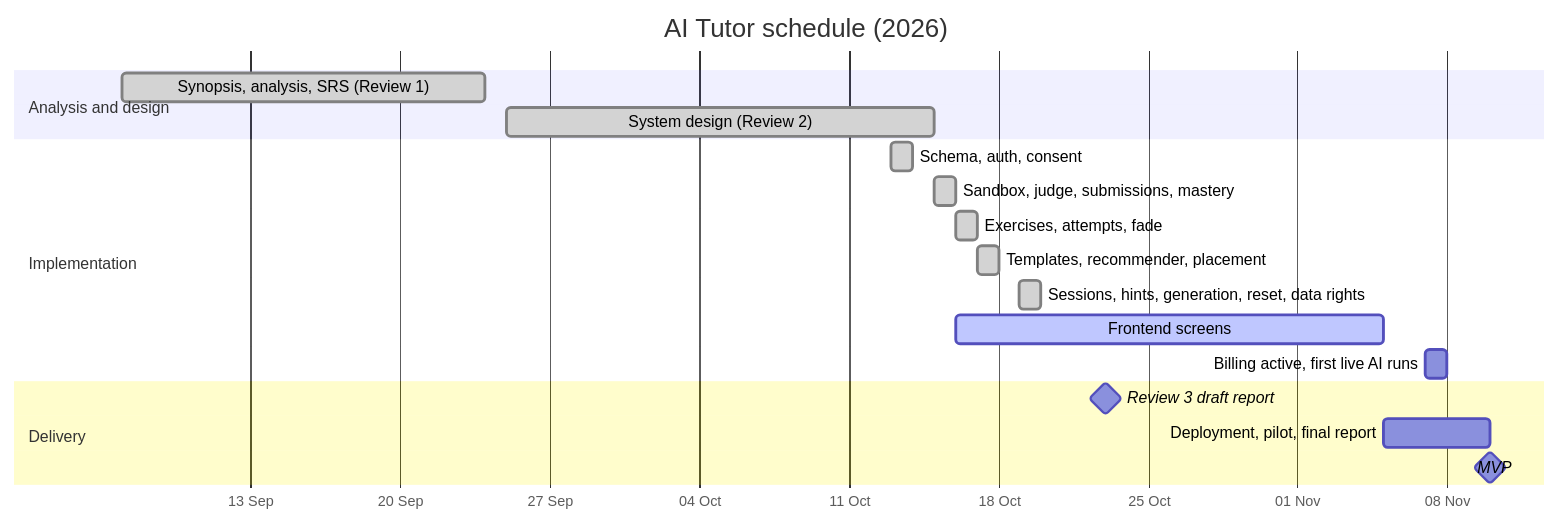
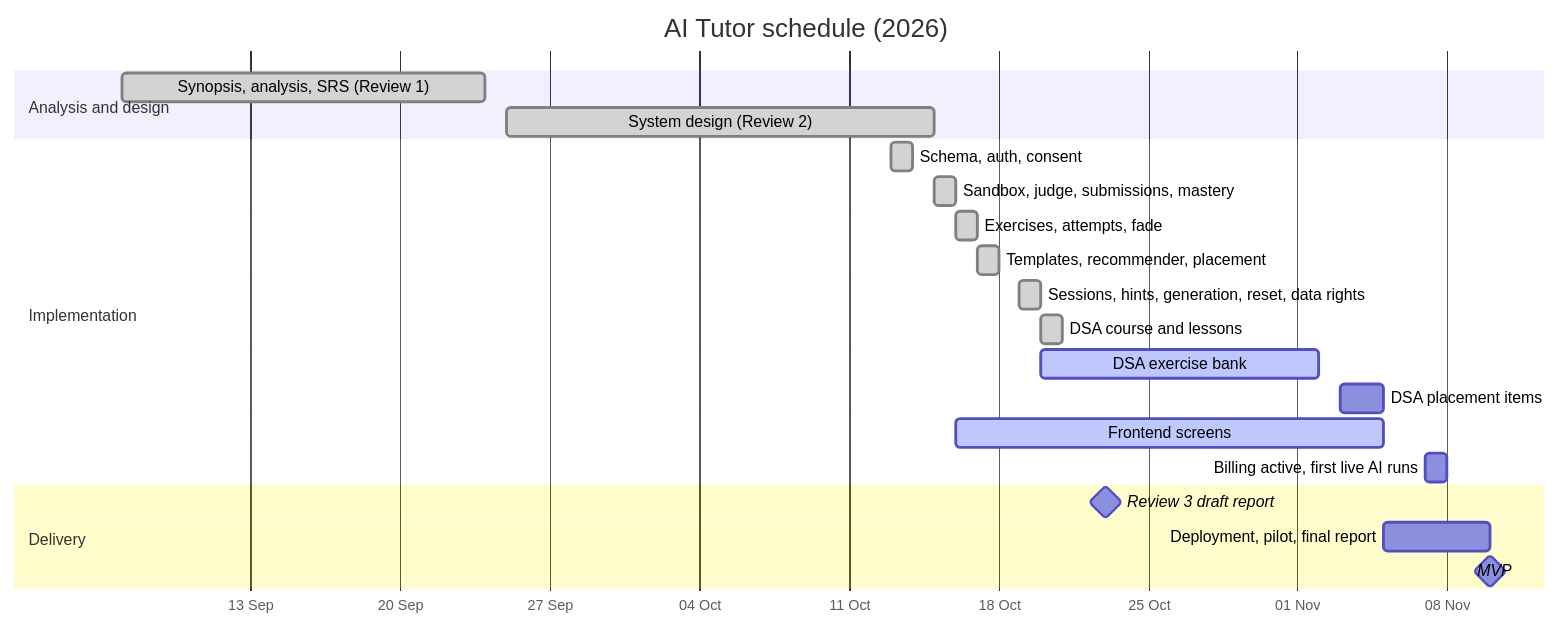
One commit to Nidanos/ai-tutor-platform changed the first of 27 diagrams in DOCS/phase-3/MP3-Draft-Report.md. Above: the diagram before and after it, drawn with Mermaid. The commit also changed other lines of this file and 1 other file, not shown here.

Commit message:
docs: update the phase 3 report for lessons and the DSA course

````diff
--- a/DOCS/phase-3/MP3-Draft-Report.md
+++ b/DOCS/phase-3/MP3-Draft-Report.md
@@ -325,21 +342,24 @@
 ```mermaid
 gantt
   title AI Tutor schedule (2026)
   dateFormat YYYY-MM-DD
   axisFormat %d %b
   section Analysis and design
   Synopsis, analysis, SRS (Review 1)   :done, a, 2026-09-07, 2026-09-24
   System design (Review 2)             :done, b, 2026-09-25, 2026-10-15
   section Implementation
   Schema, auth, consent                :done, c, 2026-10-13, 2026-10-14
   Sandbox, judge, submissions, mastery :done, e, 2026-10-15, 2026-10-16
   Exercises, attempts, fade            :done, g, 2026-10-16, 1d
   Templates, recommender, placement    :done, j, 2026-10-17, 2026-10-18
   Sessions, hints, generation, reset, data rights :done, l, 2026-10-19, 1d
+  DSA course and lessons               :done, r, 2026-10-20, 1d
+  DSA exercise bank                    :active, s, 2026-10-20, 2026-11-02
+  DSA placement items                  :t, 2026-11-03, 2026-11-05
   Frontend screens                     :active, h, 2026-10-16, 2026-11-05
   Billing active, first live AI runs   :i, 2026-11-07, 2026-11-08
   section Delivery
   Review 3 draft report                :milestone, 2026-10-23, 0d
   Deployment, pilot, final report      :k, 2026-11-05, 2026-11-10
   MVP                                  :milestone, 2026-11-10, 0d
 ```
````
